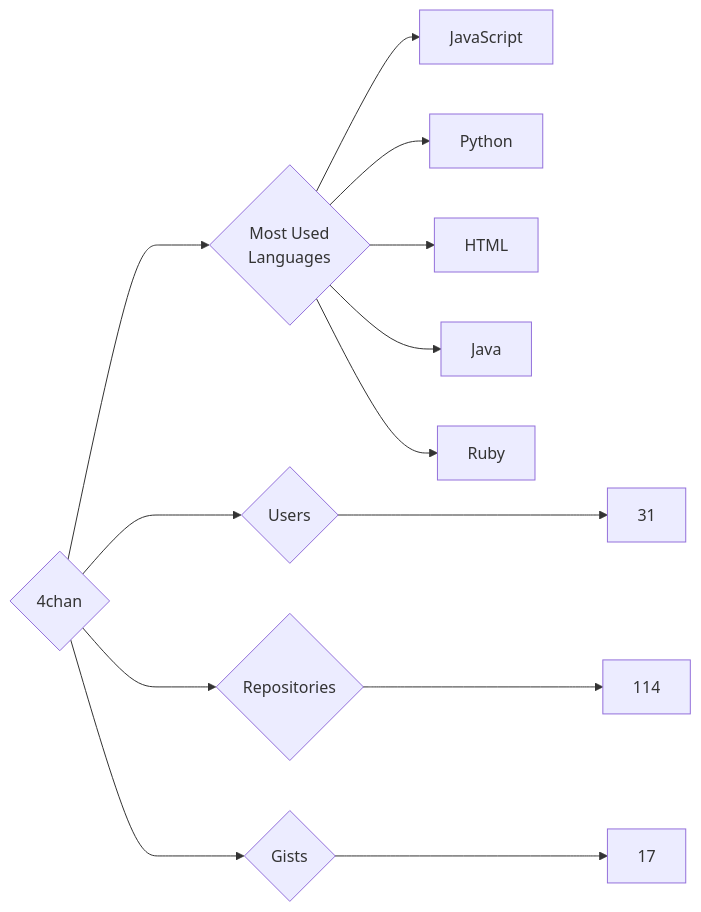
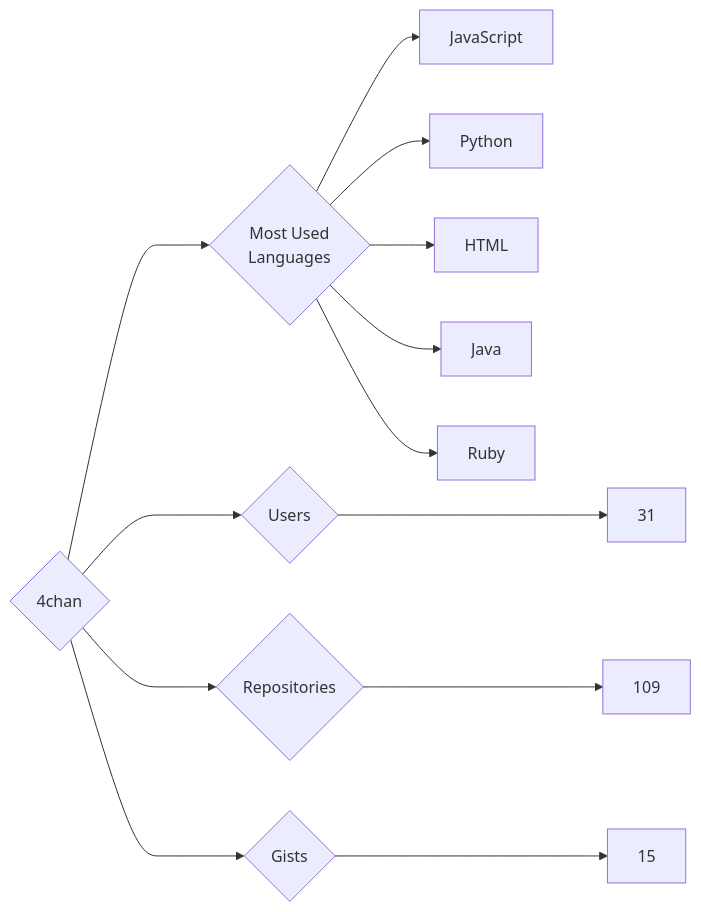
One commit to trickest/insiders changed the diagram in targets/4chan/README.md. Above: the diagram before and after it, drawn with Mermaid. The commit also changed 932 other files, not shown here.

````diff
--- a/targets/4chan/README.md
+++ b/targets/4chan/README.md
@@ -3,13 +3,13 @@
 ```mermaid
 graph LR
 COMPANY_NAME{4chan}
 COMPANY_NAME ---> U{Users} ---> UN[31]
-COMPANY_NAME ---> R{Repositories} ---> RN[114]
-COMPANY_NAME ---> G{Gists} ---> GN[17]
+COMPANY_NAME ---> R{Repositories} ---> RN[109]
+COMPANY_NAME ---> G{Gists} ---> GN[15]
 COMPANY_NAME ---> ML{Most Used<br>Languages}
 ML --> JavaScript[JavaScript]
 ML --> Python[Python]
 ML --> HTML[HTML]
 ML --> Java[Java]
 ML --> Ruby[Ruby]
 ```
````
